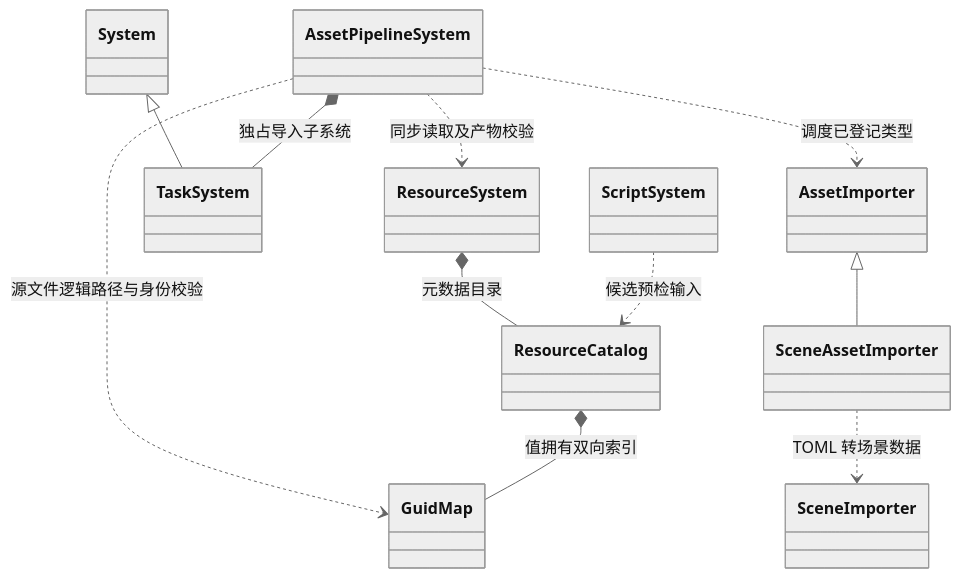
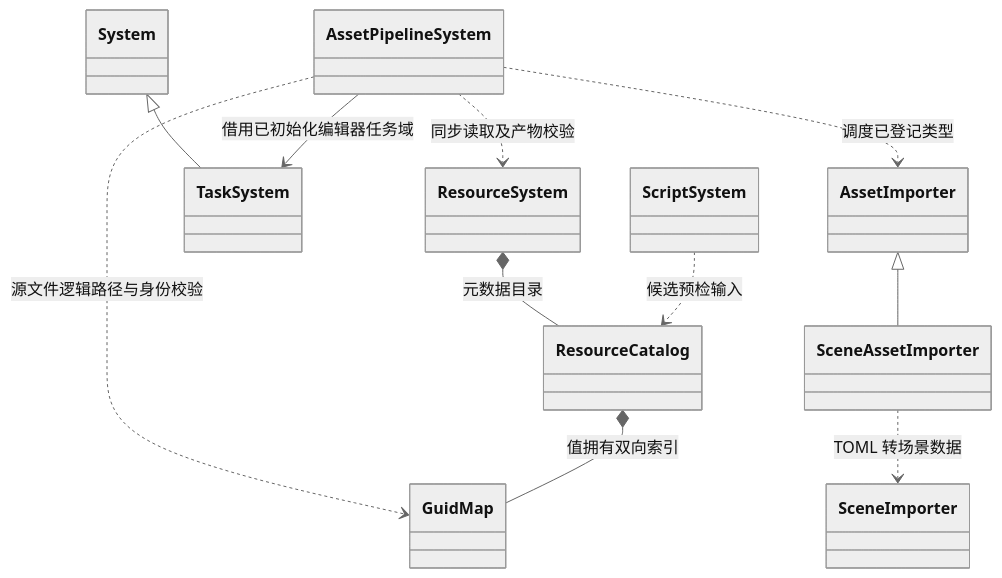
Diagram 28 of 36 in docs/class-diagrams/references.md (lcals/Engine), drawn with Mermaid (neutral theme) before and after one commit. The commit also changed other lines of this file and 62 other files, not shown here.

````diff
--- a/docs/class-diagrams/references.md
+++ b/docs/class-diagrams/references.md
@@ -853,24 +854,24 @@
 ```mermaid
 classDiagram
     direction TB
     class GuidMap
     class ResourceCatalog
     class ResourceSystem
     class AssetPipelineSystem
     class TaskSystem
     class AssetImporter
     class SceneAssetImporter
     class SceneImporter
     class ScriptSystem
     class System
     System <|-- TaskSystem
-    AssetPipelineSystem *-- TaskSystem : 独占导入子系统
+    AssetPipelineSystem --> TaskSystem : 借用已初始化编辑器任务域
     AssetPipelineSystem ..> GuidMap : 源文件逻辑路径与身份校验
     AssetPipelineSystem ..> AssetImporter : 调度已登记类型
     AssetImporter <|-- SceneAssetImporter
     SceneAssetImporter ..> SceneImporter : TOML 转场景数据
     AssetPipelineSystem ..> ResourceSystem : 同步读取及产物校验
     ResourceCatalog *-- GuidMap : 值拥有双向索引
     ResourceSystem *-- ResourceCatalog : 元数据目录
     ScriptSystem ..> ResourceCatalog : 候选预检输入
 ```
````
